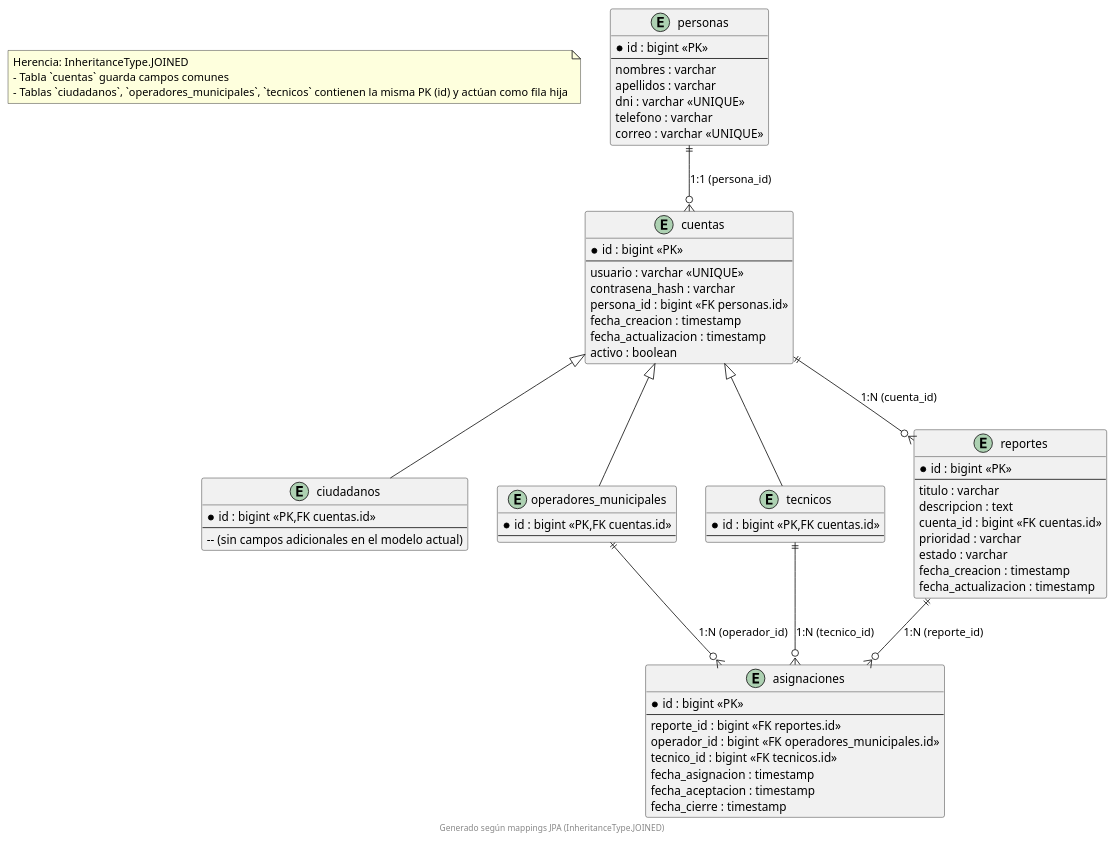
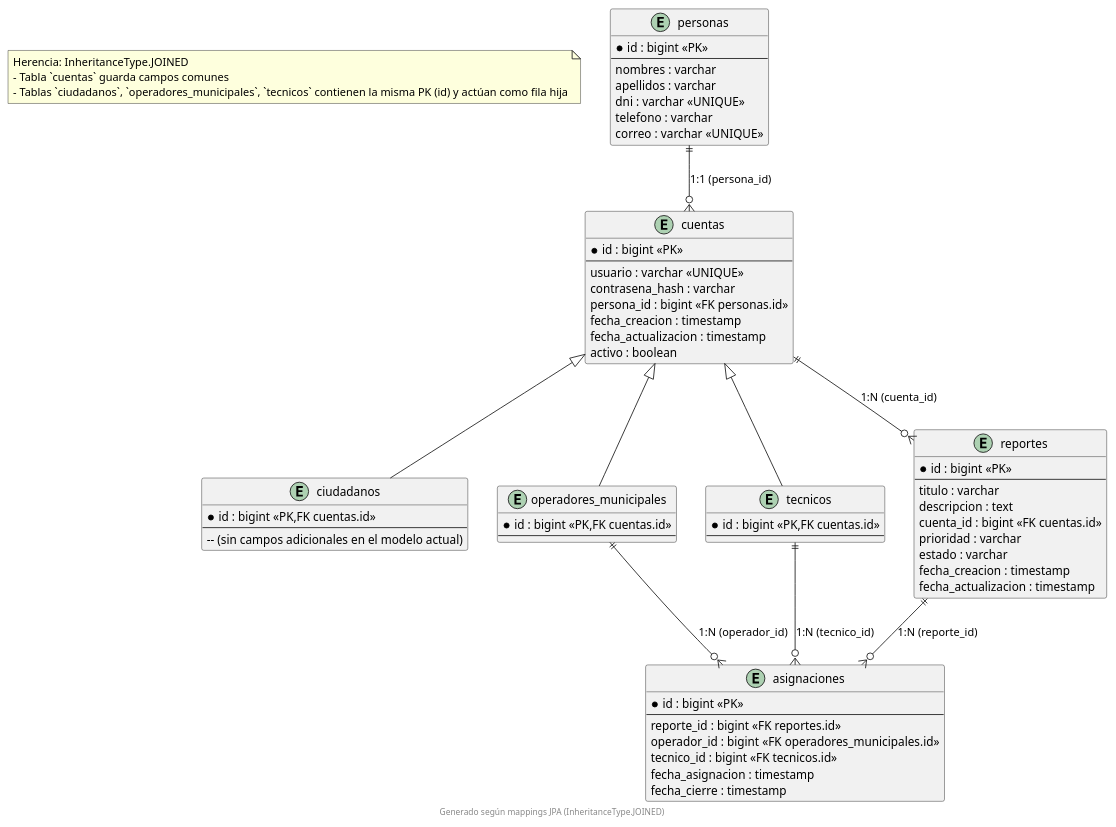
The diagram in diagrams/model_diagramDBModelo.puml (GustavoAdolfoRiverosJ/ReportaYA-Backend), drawn with PlantUML before and after one commit. The commit also changed 12 other files, not shown here.

Commit message:
Eliminacion del atributo fecha Aceptacion de Asignacion , Bug en asigancion y eliminacion de dto simple

```diff
--- a/diagrams/model_diagramDBModelo.puml
+++ b/diagrams/model_diagramDBModelo.puml
@@ -1,83 +1,82 @@
 @startuml Modelo de la base de datos (DB) — ReportaYA
 
 ' Nota: herencia JPA = JOINED -> tabla base `cuentas` + tabla por subclase
 note as N1
 	Herencia: InheritanceType.JOINED
 	- Tabla `cuentas` guarda campos comunes
 	- Tablas `ciudadanos`, `operadores_municipales`, `tecnicos` contienen la misma PK (id) y actúan como fila hija
 end note
 
 entity "personas" as personas {
 	* id : bigint <<PK>>
 	--
 	nombres : varchar
 	apellidos : varchar
 	dni : varchar <<UNIQUE>>
 	telefono : varchar
 	correo : varchar <<UNIQUE>>
 }
 
 entity "cuentas" as cuentas {
 	* id : bigint <<PK>>
 	--
 	usuario : varchar <<UNIQUE>>
 	contrasena_hash : varchar
 	persona_id : bigint <<FK personas.id>>
 	fecha_creacion : timestamp
 	fecha_actualizacion : timestamp
 	activo : boolean
 }
 
 entity "ciudadanos" as ciudadanos {
 	* id : bigint <<PK,FK cuentas.id>>
 	--
 	-- (sin campos adicionales en el modelo actual)
 }
 
 entity "operadores_municipales" as operadores_municipales {
 	* id : bigint <<PK,FK cuentas.id>>
 	--
 }
 
 entity "tecnicos" as tecnicos {
 	* id : bigint <<PK,FK cuentas.id>>
 	--
 }
 
 entity "reportes" as reportes {
 	* id : bigint <<PK>>
 	--
 	titulo : varchar
 	descripcion : text
 	cuenta_id : bigint <<FK cuentas.id>>
 	prioridad : varchar
 	estado : varchar
 	fecha_creacion : timestamp
 	fecha_actualizacion : timestamp
 }
 
 entity "asignaciones" as asignaciones {
 	* id : bigint <<PK>>
 	--
 	reporte_id : bigint <<FK reportes.id>>
 	operador_id : bigint <<FK operadores_municipales.id>>
 	tecnico_id : bigint <<FK tecnicos.id>>
 	fecha_asignacion : timestamp
-	fecha_aceptacion : timestamp
 	fecha_cierre : timestamp
 }
 
 ' Relaciones
 personas ||--o{ cuentas : "1:1 (persona_id)"
 cuentas ||--o{ reportes : "1:N (cuenta_id)"
 reportes ||--o{ asignaciones : "1:N (reporte_id)"
 operadores_municipales ||--o{ asignaciones : "1:N (operador_id)"
 tecnicos ||--o{ asignaciones : "1:N (tecnico_id)"
 
 ' Herencia (representación conceptual)
 cuentas <|-- ciudadanos
 cuentas <|-- operadores_municipales
 cuentas <|-- tecnicos
 
 footer "Generado según mappings JPA (InheritanceType.JOINED)"
 @enduml
```
